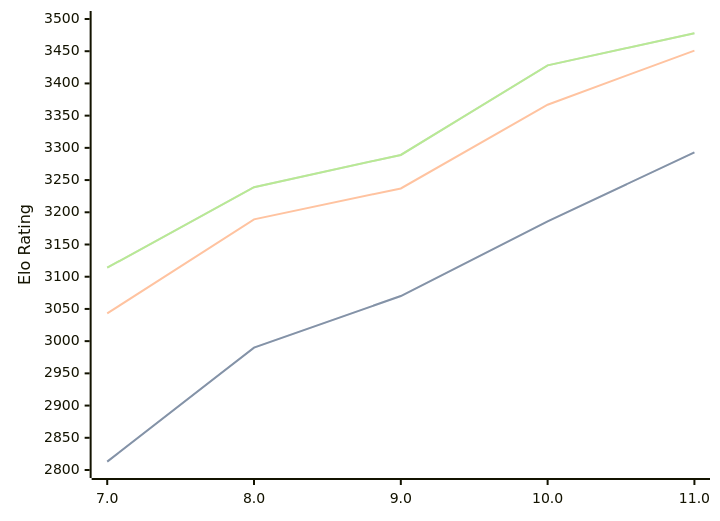
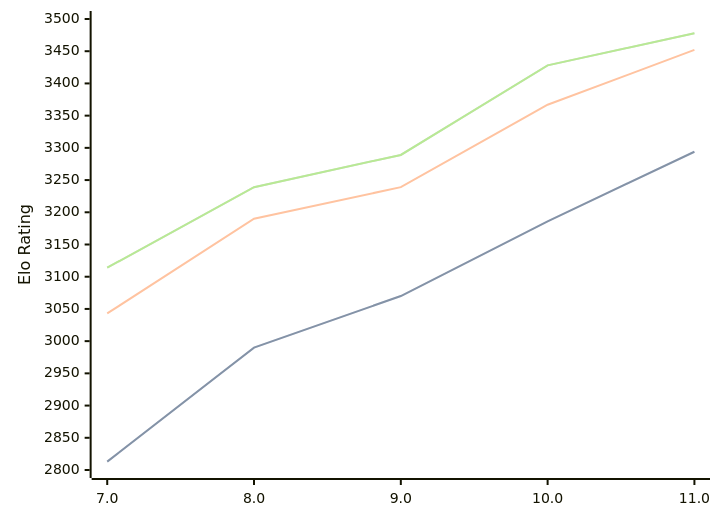
One commit to computer-chess-index/cci changed the diagram in engines/Tcheran.md. Above: the diagram before and after it, drawn with Mermaid. The commit also changed other lines of this file, not shown here.

````diff
--- a/engines/Tcheran.md
+++ b/engines/Tcheran.md
@@ -47,11 +47,11 @@
 ```mermaid
 %%{init: {"theme":"base","themeVariables":{"seriesColors:['#a3a3a3','#222221','#faa371']}}}%%
 xychart-beta
   x-axis ["7.0", "8.0", "9.0", "10.0", "11.0"]
   y-axis "Elo Rating" 2800 --> 3500
-  line "STC (8.0+0.08s)" [2813, 2990, 3070, 3186, 3293]
-  line "STC (8.0+0.08s)" [2813, 2990, 3070, 3186, 3293]
-  line "LTC (60.0+0.60s)" [3043, 3189, 3237, 3367, 3451]
+  line "STC (8.0+0.08s)" [2813, 2990, 3070, 3186, 3294]
+  line "STC (8.0+0.08s)" [2813, 2990, 3070, 3186, 3294]
+  line "LTC (60.0+0.60s)" [3043, 3190, 3239, 3367, 3452]
   line "VLTC (2m24s+1.12s)" [3114, 3239, 3289, 3428, 3478]
   line "VLTC (2m24s+1.12s)" [3114, 3239, 3289, 3428, 3478]
 ```
````
